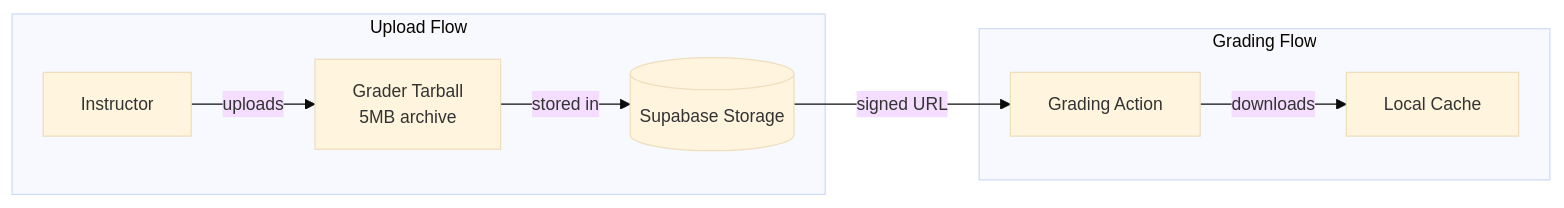
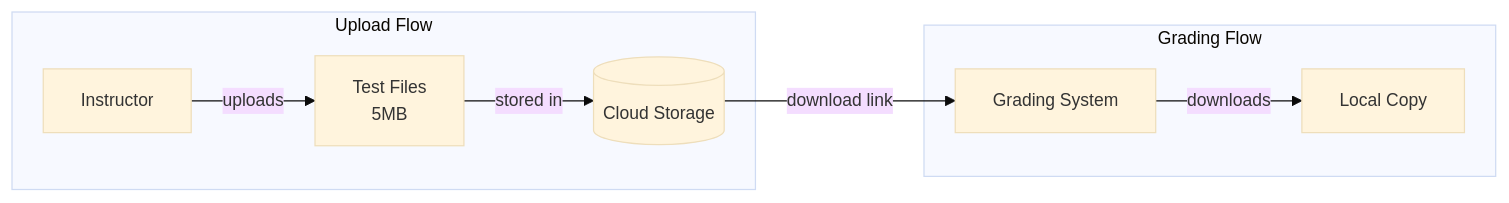
One commit to neu-pdi/cs3100-public-resources changed the first of 3 diagrams in lecture-slides/l21-serverless.mdx. Above: the diagram before and after it, drawn with Mermaid. The commit also changed other lines of this file, not shown here.

````diff
--- a/lecture-slides/l21-serverless.mdx
+++ b/lecture-slides/l21-serverless.mdx
@@ -928,13 +1076,13 @@
 ```mermaid
 %%{init: {'theme': 'base', 'themeVariables': { 'fontSize': '14px' }}}%%
 flowchart LR
     subgraph Upload["Upload Flow"]
-        I[Instructor] -->|uploads| G[Grader Tarball<br/>5MB archive]
-        G -->|stored in| S[(Supabase Storage)]
+        I[Instructor] -->|uploads| G[Test Files<br/>5MB]
+        G -->|stored in| S[(Cloud Storage)]
     end
 
     subgraph Download["Grading Flow"]
-        S -->|signed URL| A[Grading Action]
-        A -->|downloads| L[Local Cache]
+        S -->|download link| A[Grading System]
+        A -->|downloads| L[Local Copy]
     end
 ```
````
